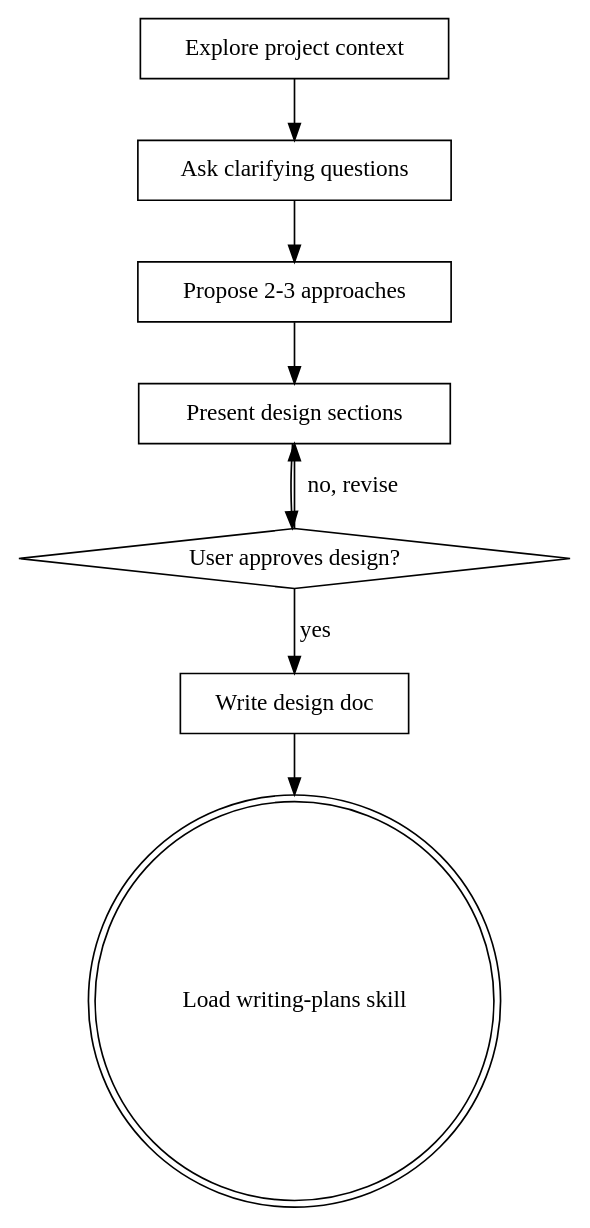
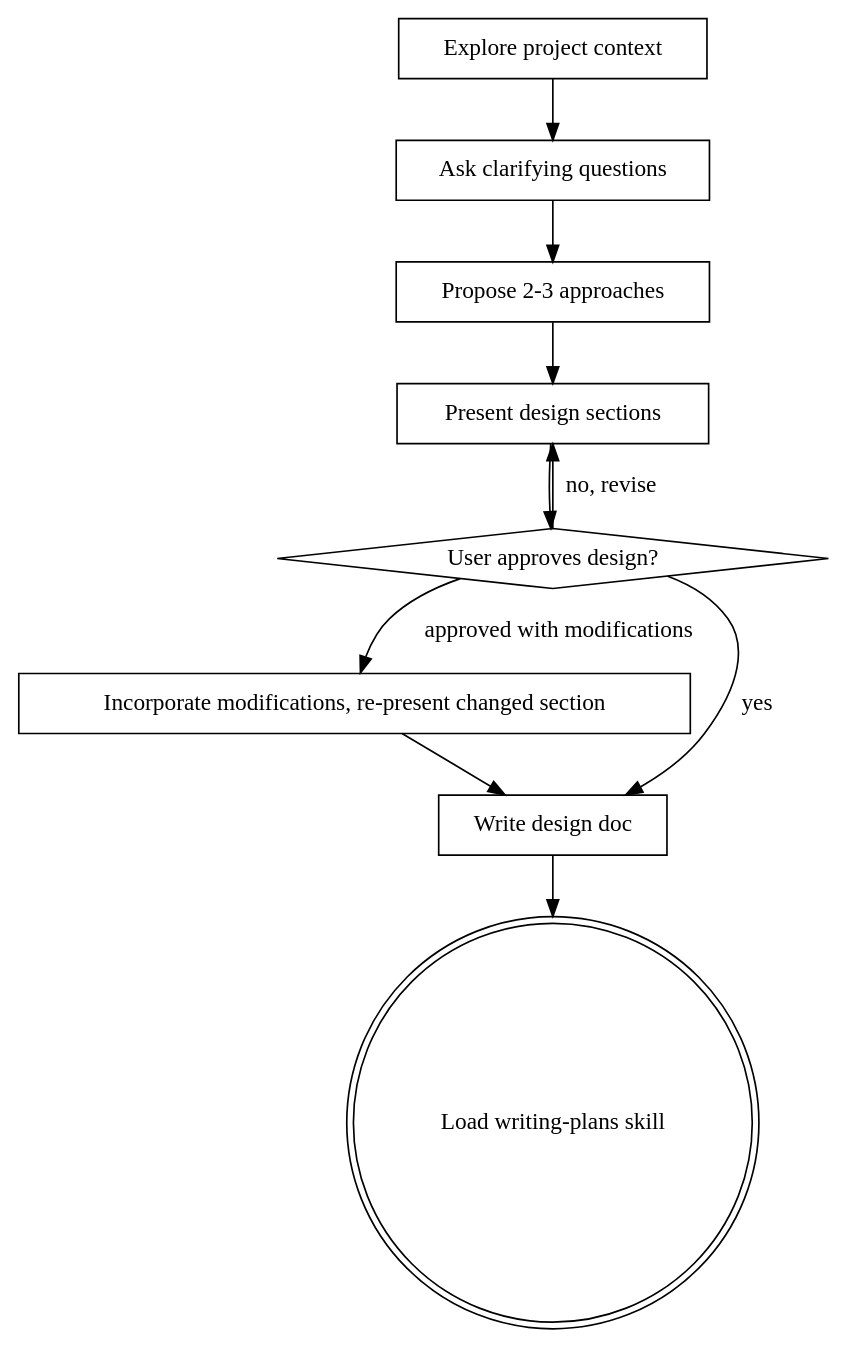
Before and after one commit to NeoAnthropocene/SuperAntigravity: the diagram in skills/brainstorming/SKILL.md, drawn with Graphviz. The commit also changed other lines of this file and 22 other files, not shown here.

````diff
--- a/skills/brainstorming/SKILL.md
+++ b/skills/brainstorming/SKILL.md
@@ -35,19 +43,22 @@
 ```dot
 digraph brainstorming {
     "Explore project context" [shape=box];
     "Ask clarifying questions" [shape=box];
     "Propose 2-3 approaches" [shape=box];
     "Present design sections" [shape=box];
     "User approves design?" [shape=diamond];
+    "Incorporate modifications, re-present changed section" [shape=box];
     "Write design doc" [shape=box];
     "Load writing-plans skill" [shape=doublecircle];
 
     "Explore project context" -> "Ask clarifying questions";
     "Ask clarifying questions" -> "Propose 2-3 approaches";
     "Propose 2-3 approaches" -> "Present design sections";
     "Present design sections" -> "User approves design?";
     "User approves design?" -> "Present design sections" [label="no, revise"];
+    "User approves design?" -> "Incorporate modifications, re-present changed section" [label="approved with modifications"];
+    "Incorporate modifications, re-present changed section" -> "Write design doc";
     "User approves design?" -> "Write design doc" [label="yes"];
     "Write design doc" -> "Load writing-plans skill";
 }
 ```
````
